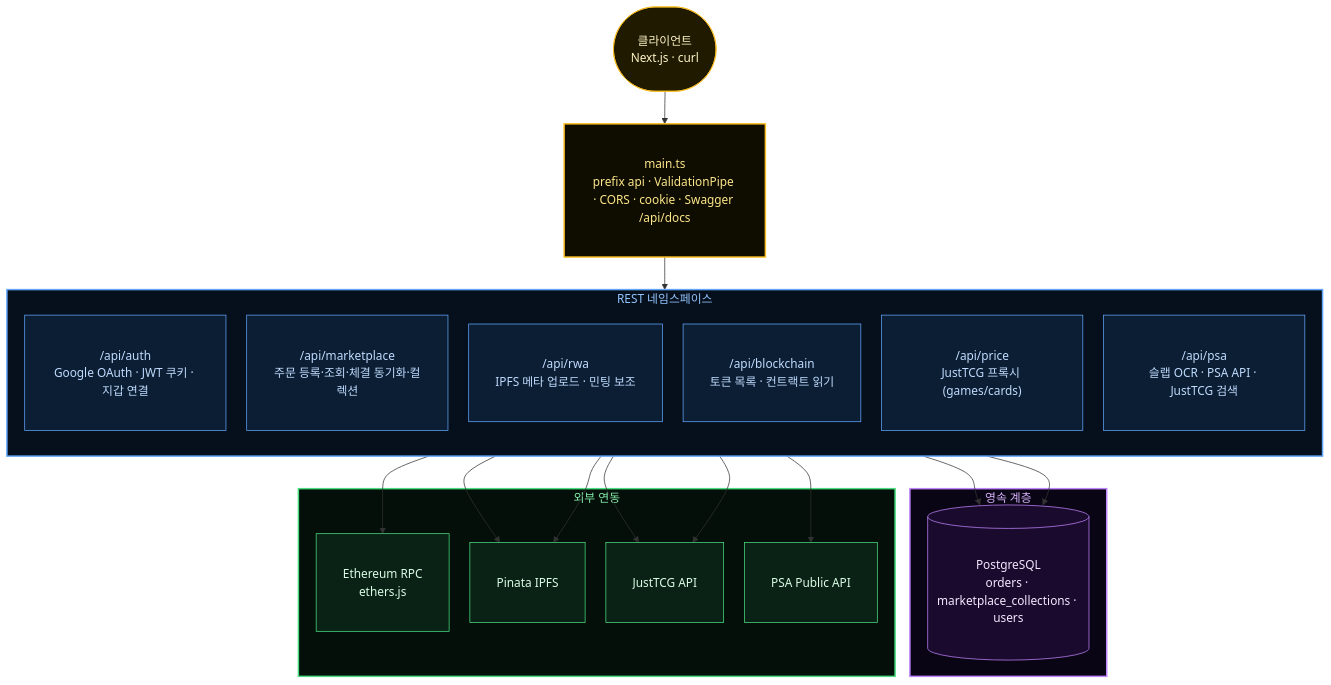
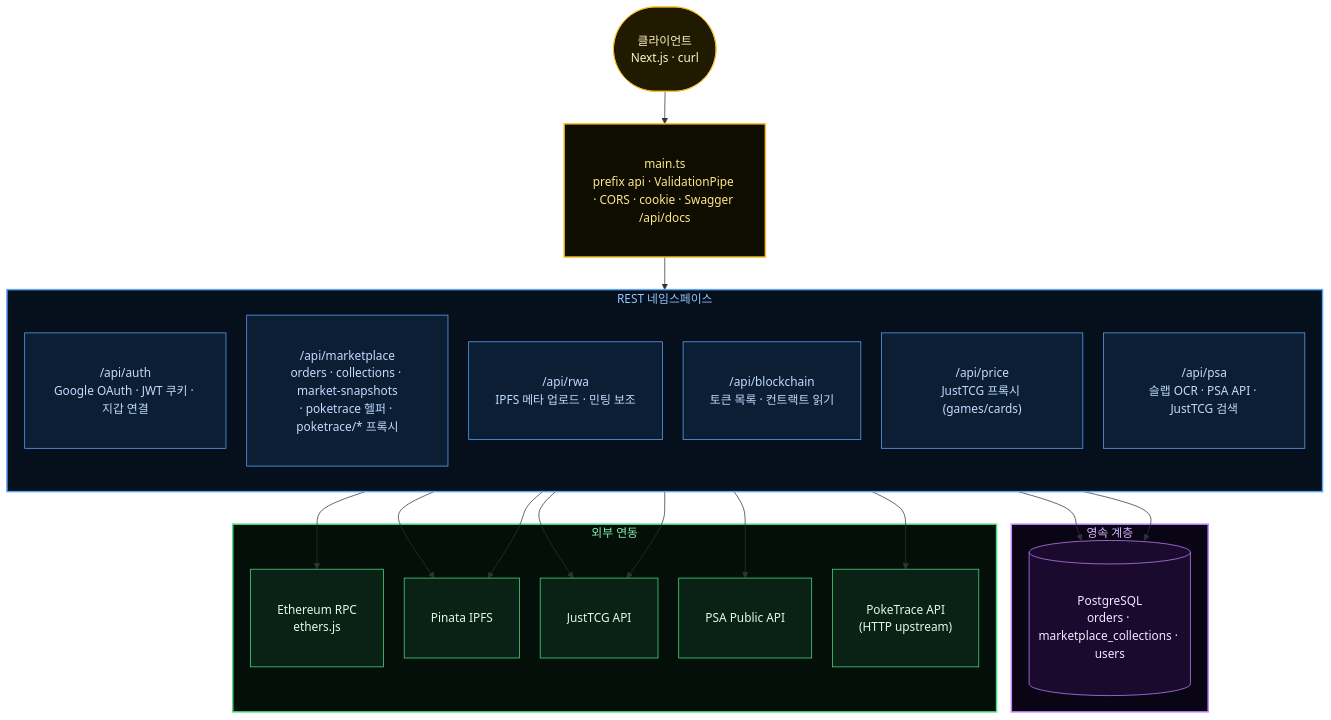
Before and after one commit to tokenable-dev/tokenable-dev: the ninth of 11 diagrams in docs/diagrams/marketplace-lifecycle.md, drawn with Mermaid. The commit also changed other lines of this file and 26 other files, not shown here.

````diff
--- a/docs/diagrams/marketplace-lifecycle.md
+++ b/docs/diagrams/marketplace-lifecycle.md
@@ -656,49 +658,51 @@
 ```mermaid
 %%{init: {'flowchart': {'rankSpacing': 44, 'nodeSpacing': 28, 'padding': 18}}}%%
 flowchart TD
     classDef entry fill:#1f1a00,stroke:#fbbf24,color:#fef3c7,padding:8px 14px
     classDef route fill:#0c1e33,stroke:#60a5fa,color:#bfdbfe,padding:8px 14px
     classDef data  fill:#1a0a2e,stroke:#c084fc,color:#f3e8ff,padding:8px 14px
     classDef ext   fill:#0a2215,stroke:#4ade80,color:#dcfce7,padding:8px 14px
 
     CLIENT(["클라이언트<br/>Next.js · curl"]):::entry
 
     GATE["main.ts<br/>prefix api · ValidationPipe · CORS · cookie · Swagger /api/docs"]:::entry
 
     subgraph REST ["REST 네임스페이스"]
         direction TB
         R_AUTH["/api/auth<br/>Google OAuth · JWT 쿠키 · 지갑 연결"]:::route
-        R_MKT["/api/marketplace<br/>주문 등록·조회·체결 동기화·컬렉션"]:::route
+        R_MKT["/api/marketplace<br/>orders · collections · market-snapshots<br/>· poketrace 헬퍼 · poketrace/* 프록시"]:::route
         R_RWA["/api/rwa<br/>IPFS 메타 업로드 · 민팅 보조"]:::route
         R_BC["/api/blockchain<br/>토큰 목록 · 컨트랙트 읽기"]:::route
         R_PRICE["/api/price<br/>JustTCG 프록시 (games/cards)"]:::route
         R_PSA["/api/psa<br/>슬랩 OCR · PSA API · JustTCG 검색"]:::route
     end
 
     subgraph PERSIST ["영속 계층"]
         PG[("PostgreSQL<br/>orders · marketplace_collections · users")]:::data
     end
 
     subgraph OUT ["외부 연동"]
         ETH["Ethereum RPC<br/>ethers.js"]:::ext
         PIN["Pinata IPFS"]:::ext
         JT["JustTCG API"]:::ext
         PSAHTTP["PSA Public API"]:::ext
+        PTR["PokeTrace API<br/>(HTTP upstream)"]:::ext
     end
 
     CLIENT --> GATE
     GATE --> REST
     R_MKT --> PG
+    R_MKT --> PTR
     R_AUTH --> PG
     R_RWA --> PIN
     R_BC --> ETH
     R_PRICE --> JT
     R_PSA --> PIN
     R_PSA --> JT
     R_PSA --> PSAHTTP
 
     style GATE fill:#0f0d00,stroke:#fbbf24,stroke-width:2px,color:#fde68a
     style REST fill:#060f1c,stroke:#60a5fa,stroke-width:2px,color:#93c5fd
     style PERSIST fill:#090514,stroke:#c084fc,stroke-width:2px,color:#d8b4fe
     style OUT fill:#030f08,stroke:#4ade80,stroke-width:2px,color:#86efac
 ```
````
